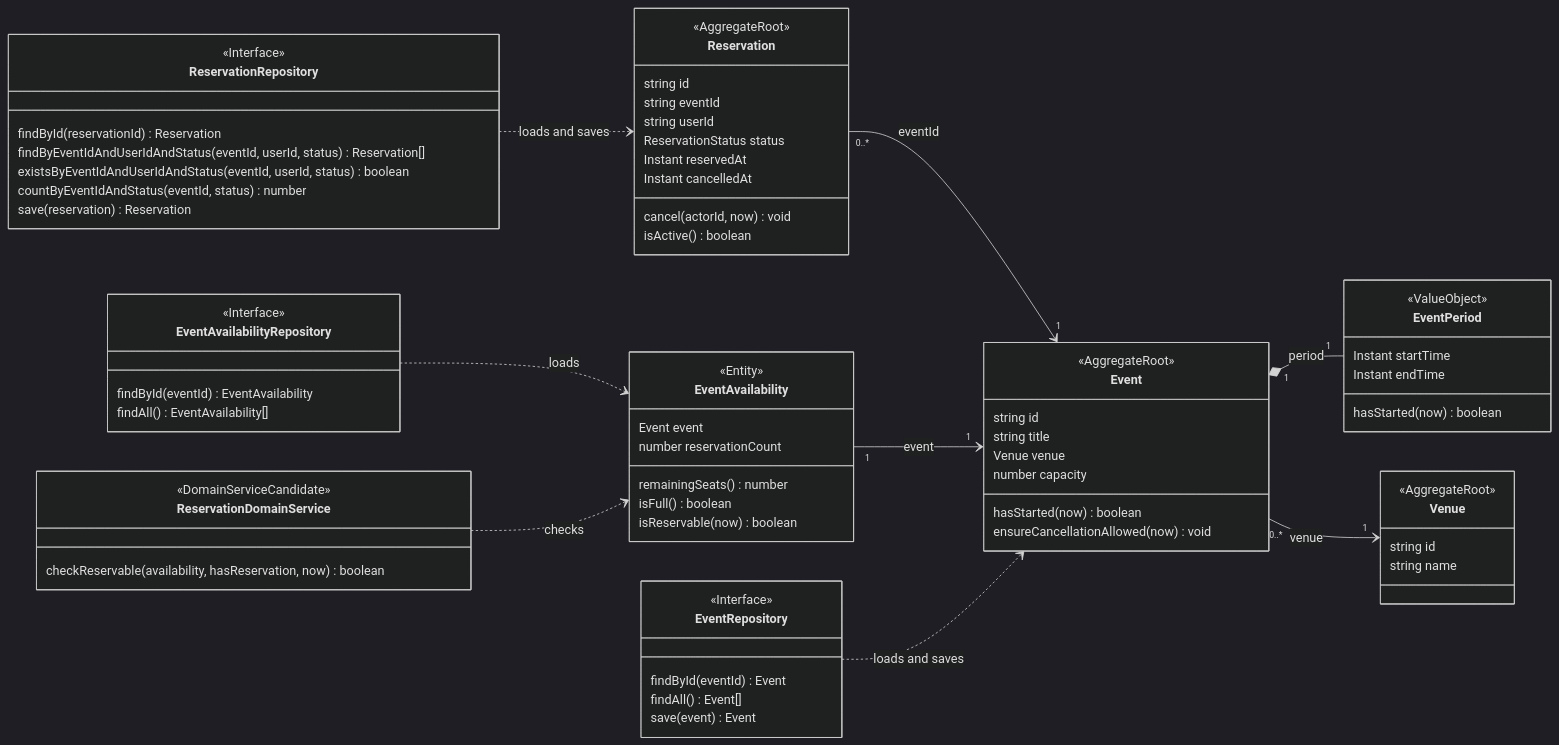
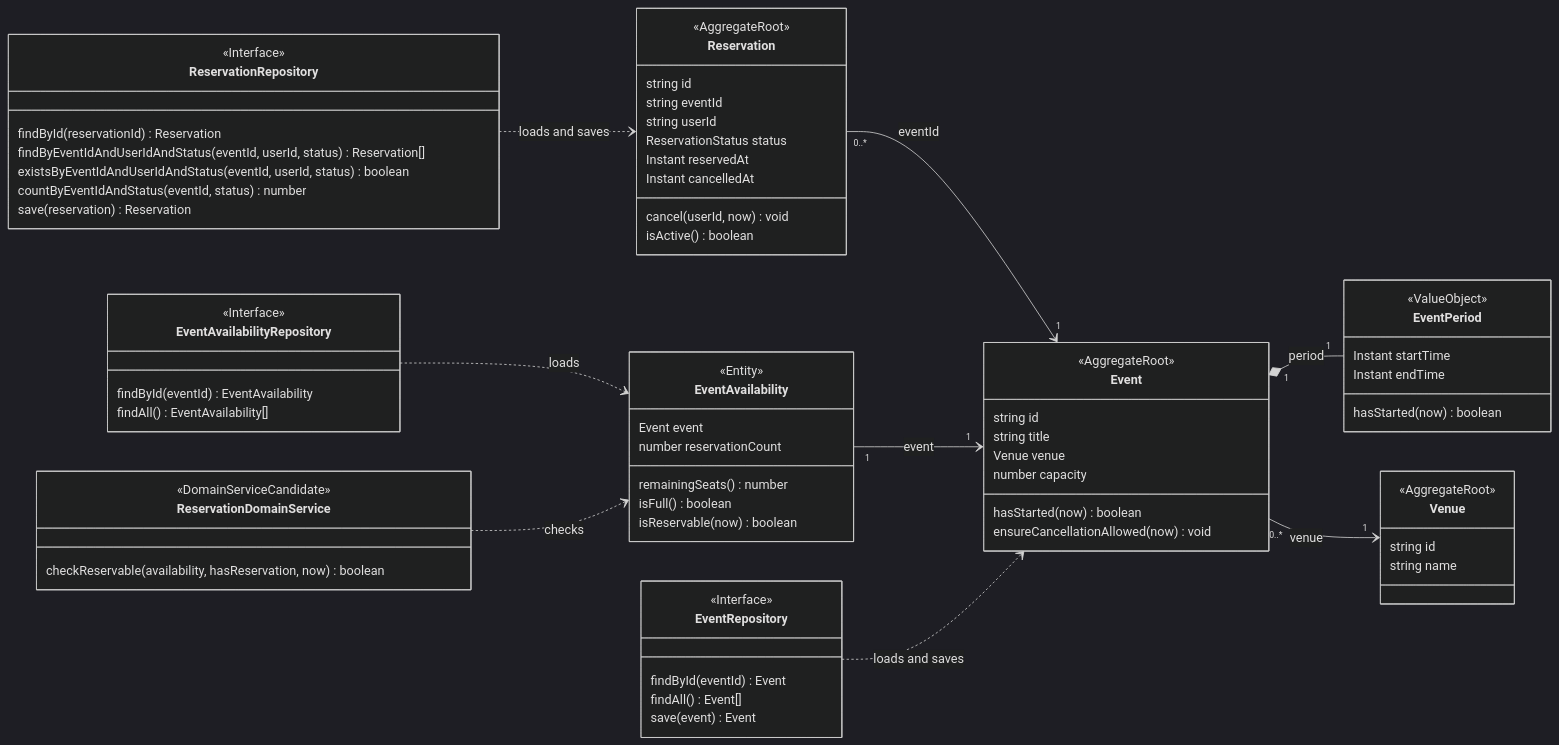
One commit to netakiryosuke/nextjs-ddd-sample changed the first of 2 diagrams in docs/domain-model.md. Above: the diagram before and after it, drawn with Mermaid (dark theme). The commit also changed other lines of this file and 3 other files, not shown here.

```diff
--- a/docs/domain-model.md
+++ b/docs/domain-model.md
@@ -69,7 +69,7 @@
         ReservationStatus status
         Instant reservedAt
         Instant cancelledAt
-        cancel(actorId, now) void
+        cancel(userId, now) void
         isActive() boolean
     }
 
```
